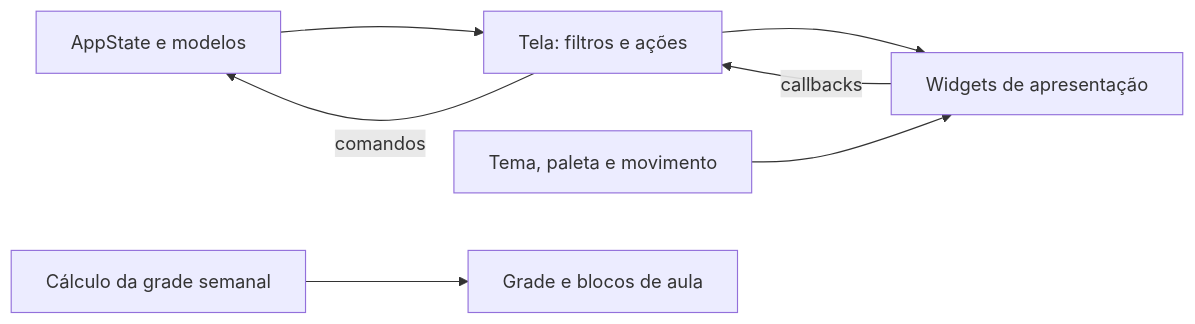
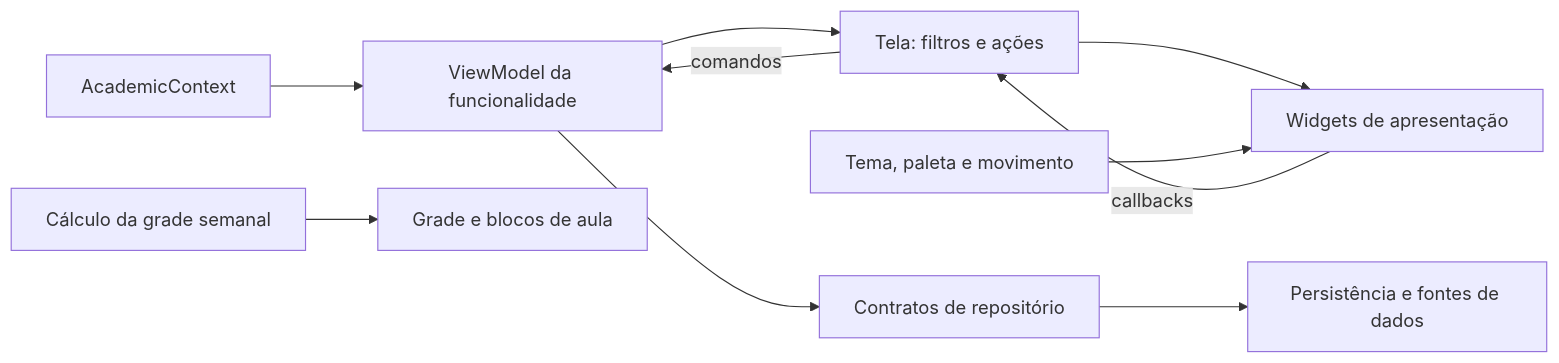
The diagram in docs/estrutura-codigo.md (alexlsilva7/my_ufape_app), drawn with Mermaid before and after one commit. The commit also changed other lines of this file and 176 other files, not shown here.

````diff
--- a/docs/estrutura-codigo.md
+++ b/docs/estrutura-codigo.md
@@ -59,9 +141,12 @@
 ```mermaid
 flowchart LR
-  State[AppState e modelos] --> Screen[Tela: filtros e ações]
+  Context[AcademicContext] --> VM[ViewModel da funcionalidade]
+  VM --> Screen[Tela: filtros e ações]
   Screen --> Components[Widgets de apresentação]
   Components -->|callbacks| Screen
-  Screen -->|comandos| State
+  Screen -->|comandos| VM
+  VM --> Repository[Contratos de repositório]
+  Repository --> Data[Persistência e fontes de dados]
   Theme[Tema, paleta e movimento] --> Components
   Layout[Cálculo da grade semanal] --> Grid[Grade e blocos de aula]
 ```
````
